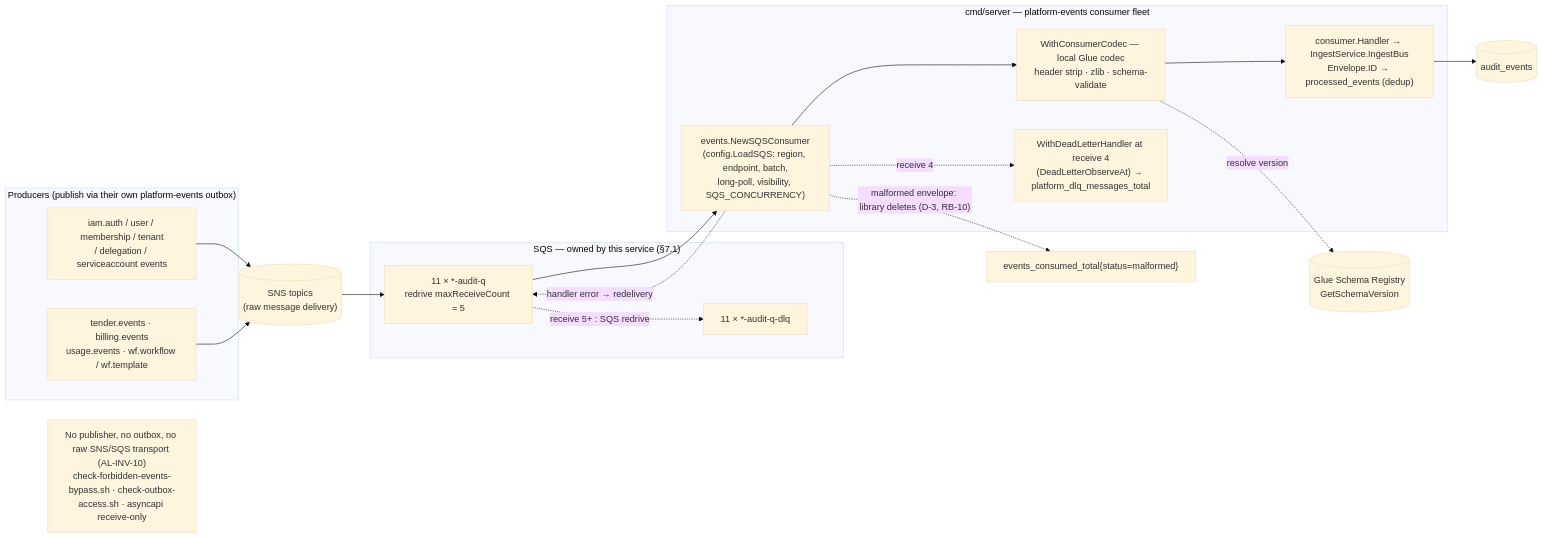
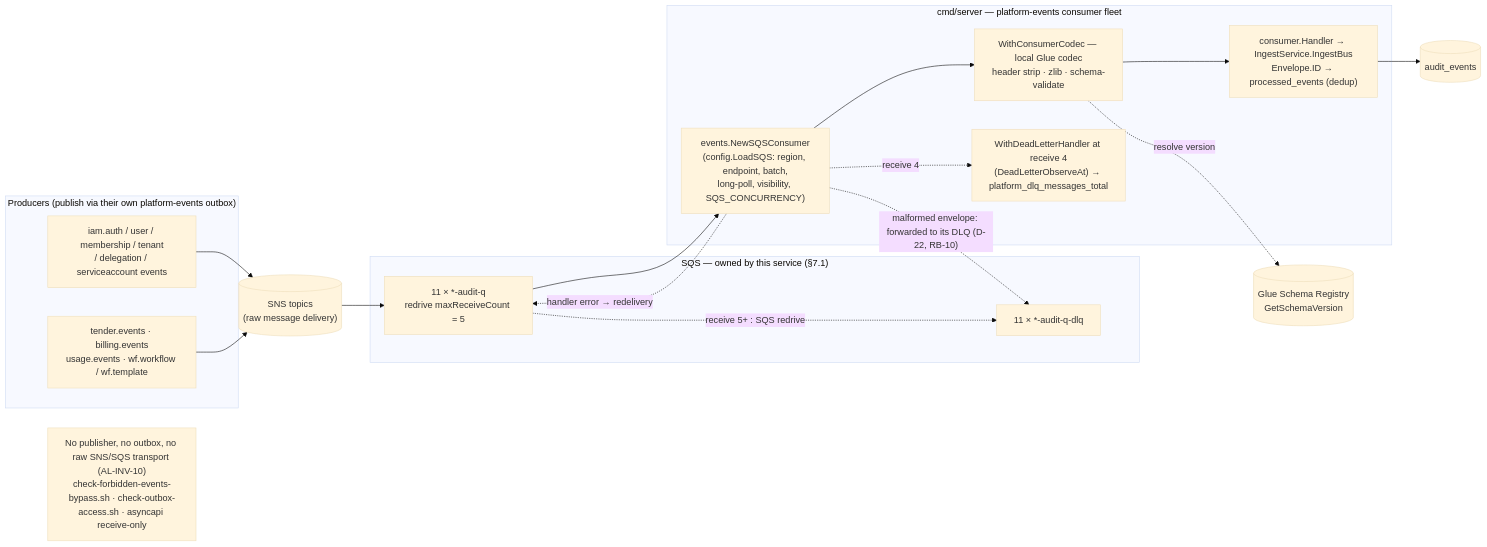
Before and after one commit to BCBP-SOLUTIONS-FZC-LLC/iam-audit-log: the diagram in docs/architecture/mermaid/event-consumption-flow.mmd, drawn with Mermaid (base theme). The commit also changed 129 other files, not shown here.

```diff
--- a/docs/architecture/mermaid/event-consumption-flow.mmd
+++ b/docs/architecture/mermaid/event-consumption-flow.mmd
@@ -1,33 +1,33 @@
 flowchart LR
     subgraph producers["Producers (publish via their own platform-events outbox)"]
         P1["iam.auth / user / membership / tenant\n/ delegation / serviceaccount events"]
         P2["tender.events · billing.events\nusage.events · wf.workflow / wf.template"]
     end
     SNS[("SNS topics\n(raw message delivery)")]
     subgraph queues["SQS — owned by this service (§7.1)"]
         Q["11 × *-audit-q\nredrive maxReceiveCount = 5"]
         DLQ["11 × *-audit-q-dlq"]
     end
     subgraph server["cmd/server — platform-events consumer fleet"]
         C["events.NewSQSConsumer\n(config.LoadSQS: region, endpoint, batch,\nlong-poll, visibility, SQS_CONCURRENCY)"]
         CODEC["WithConsumerCodec — local Glue codec\nheader strip · zlib · schema-validate"]
         H["consumer.Handler → IngestService.IngestBus\nEnvelope.ID → processed_events (dedup)"]
         OBS["WithDeadLetterHandler at receive 4\n(DeadLetterObserveAt) → platform_dlq_messages_total"]
     end
     GLUE[("Glue Schema Registry\nGetSchemaVersion")]
     PG[("audit_events")]
 
     P1 --> SNS
     P2 --> SNS
     SNS --> Q
     Q --> C
     C --> CODEC
     CODEC -. "resolve version" .-> GLUE
     CODEC --> H
     H --> PG
     C -. "handler error → redelivery" .-> Q
     C -. "receive 4" .-> OBS
     Q -. "receive 5+ : SQS redrive" .-> DLQ
-    C -. "malformed envelope: library deletes (D-3, RB-10)" .-> X["events_consumed_total{status=malformed}"]
+    C -. "malformed envelope: forwarded to its DLQ (D-22, RB-10)" .-> DLQ
 
     NOPUB["No publisher, no outbox, no raw SNS/SQS transport (AL-INV-10)\ncheck-forbidden-events-bypass.sh · check-outbox-access.sh · asyncapi receive-only"]
```
